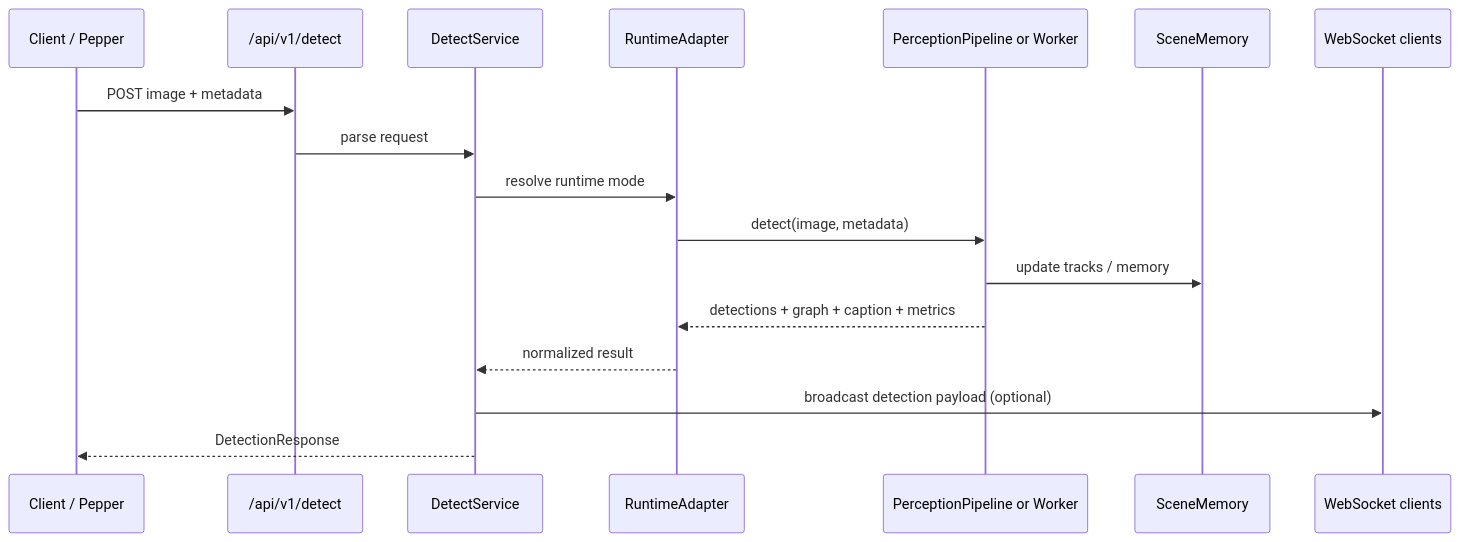
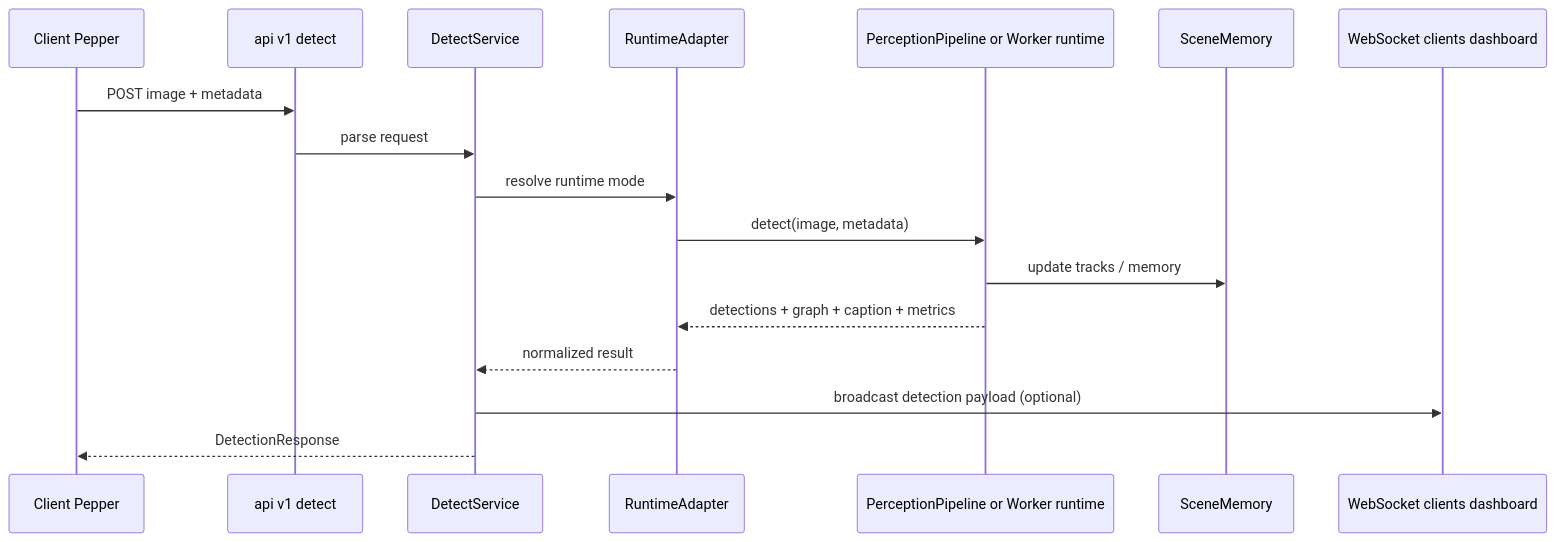
Before and after one commit to JakubCiesko/pepper-ot: the second of 3 diagrams in docs/server/architecture-overview.md, drawn with Mermaid. The commit also changed other lines of this file and 5 other files, not shown here.

Commit message:
bugfix syntax error in mermaid in docs

````diff
--- a/docs/server/architecture-overview.md
+++ b/docs/server/architecture-overview.md
@@ -123,20 +124,20 @@
 ```mermaid
 sequenceDiagram
-    participant C as Client / Pepper
-    participant R as /api/v1/detect
+    participant C as Client Pepper
+    participant R as api v1 detect
     participant D as DetectService
     participant A as RuntimeAdapter
-    participant P as PerceptionPipeline or Worker
+    participant P as PerceptionPipeline or Worker runtime
     participant M as SceneMemory
-    participant W as WebSocket clients
+    participant W as WebSocket clients dashboard
 
     C->>R: POST image + metadata
     R->>D: parse request
     D->>A: resolve runtime mode
     A->>P: detect(image, metadata)
     P->>M: update tracks / memory
     P-->>A: detections + graph + caption + metrics
     A-->>D: normalized result
     D->>W: broadcast detection payload (optional)
     D-->>C: DetectionResponse
 ```
````
